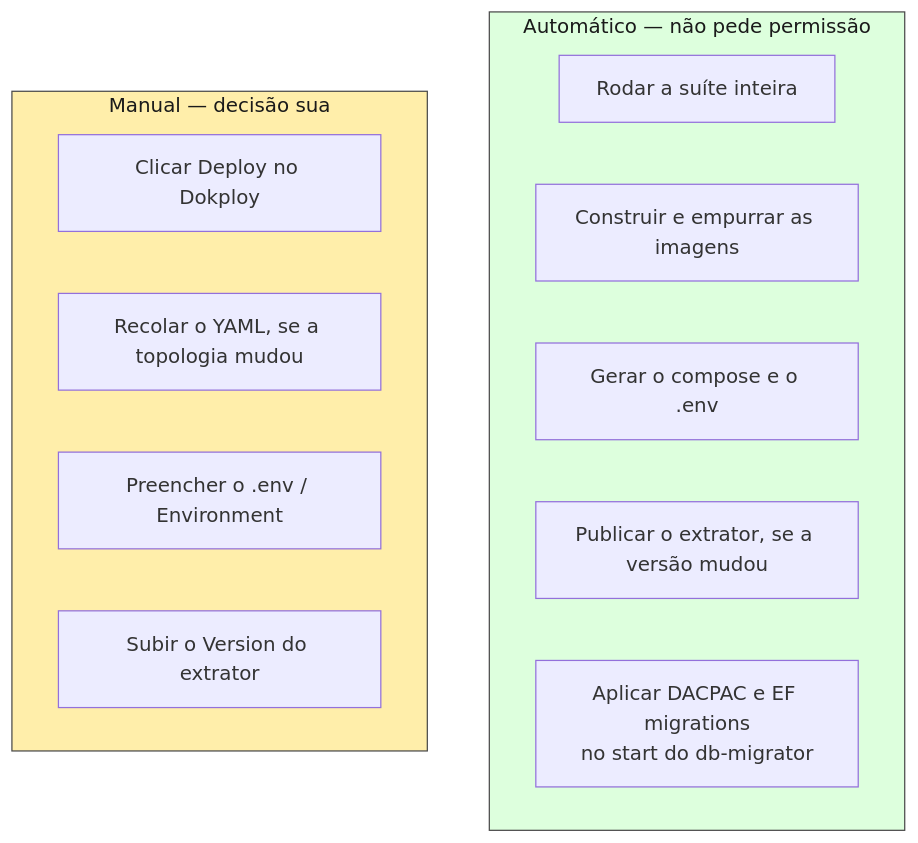
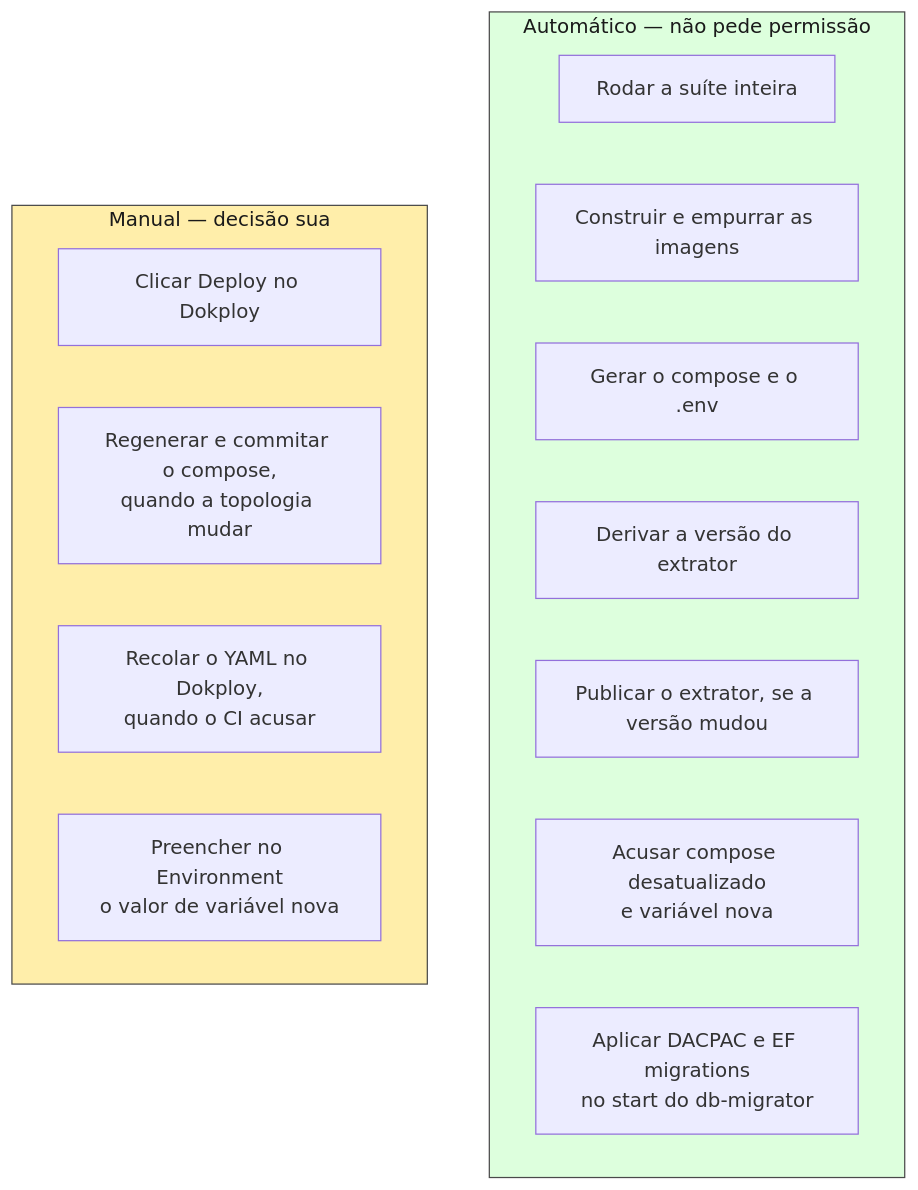
Before and after one commit to procfit/MLDemandForcastPOC: the second of 11 diagrams in Docs/fluxo-de-entrega.md, drawn with Mermaid. The commit also changed other lines of this file, not shown here.

First paragraph of the commit message:
docs(delivery): fix the two spots the flow doc left behind
O commit anterior atualizou §3 a §9 do fluxo de entrega e esqueceu dois lugares,
os dois dizendo o contrário do que o pipeline passou a fazer.

````diff
--- a/Docs/fluxo-de-entrega.md
+++ b/Docs/fluxo-de-entrega.md
@@ -54,20 +54,22 @@
 ```mermaid
 flowchart TB
     subgraph AUTO["Automático — não pede permissão"]
         A1["Rodar a suíte inteira"]
         A2["Construir e empurrar as imagens"]
         A3["Gerar o compose e o .env"]
-        A4["Publicar o extrator, se a versão mudou"]
-        A5["Aplicar DACPAC e EF migrations<br/>no start do db-migrator"]
+        A4["Derivar a versão do extrator"]
+        A5["Publicar o extrator, se a versão mudou"]
+        A6["Acusar compose desatualizado<br/>e variável nova"]
+        A7["Aplicar DACPAC e EF migrations<br/>no start do db-migrator"]
     end
 
     subgraph MANUAL["Manual — decisão sua"]
         M1["Clicar Deploy no Dokploy"]
-        M2["Recolar o YAML, se a topologia mudou"]
-        M3["Preencher o .env / Environment"]
-        M4["Subir o Version do extrator"]
+        M2["Regenerar e commitar o compose,<br/>quando a topologia mudar"]
+        M3["Recolar o YAML no Dokploy,<br/>quando o CI acusar"]
+        M4["Preencher no Environment<br/>o valor de variável nova"]
     end
 
     style AUTO fill:#dfd,stroke:#4a4a4a,color:#1a1a1a
     style MANUAL fill:#fea,stroke:#4a4a4a,color:#1a1a1a
 ```
````
